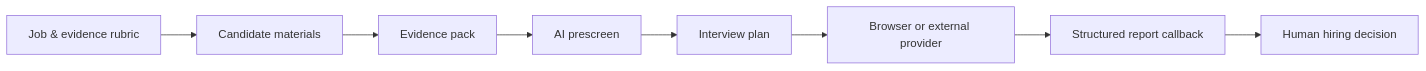
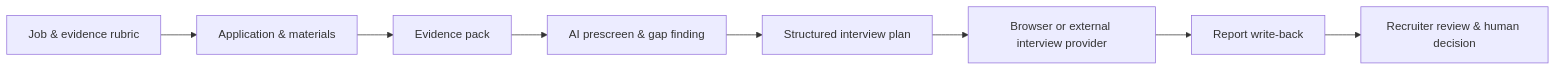
Before and after one commit to JingjieXiong/recruit-ai-platform: the first of 2 diagrams in README.en.md, drawn with Mermaid. The commit also changed other lines of this file and 3 other files, not shown here.

````diff
--- a/README.en.md
+++ b/README.en.md
@@ -21,10 +73,10 @@
 ```mermaid
 flowchart LR
-    A["Job & evidence rubric"] --> B["Candidate materials"]
+    A["Job & evidence rubric"] --> B["Application & materials"]
     B --> C["Evidence pack"]
-    C --> D["AI prescreen"]
-    D --> E["Interview plan"]
-    E --> F["Browser or external provider"]
-    F --> G["Structured report callback"]
-    G --> H["Human hiring decision"]
+    C --> D["AI prescreen & gap finding"]
+    D --> E["Structured interview plan"]
+    E --> F["Browser or external interview provider"]
+    F --> G["Report write-back"]
+    G --> H["Recruiter review & human decision"]
 ```
````
